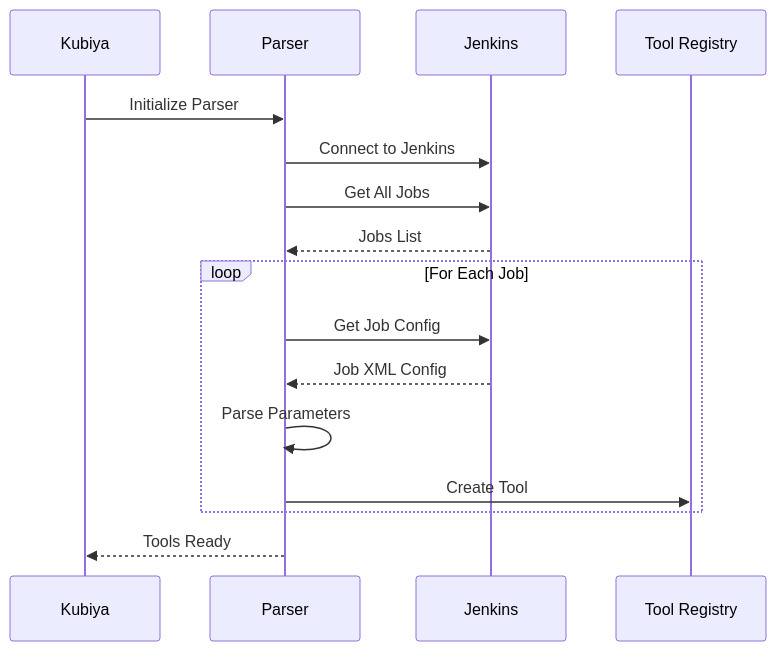
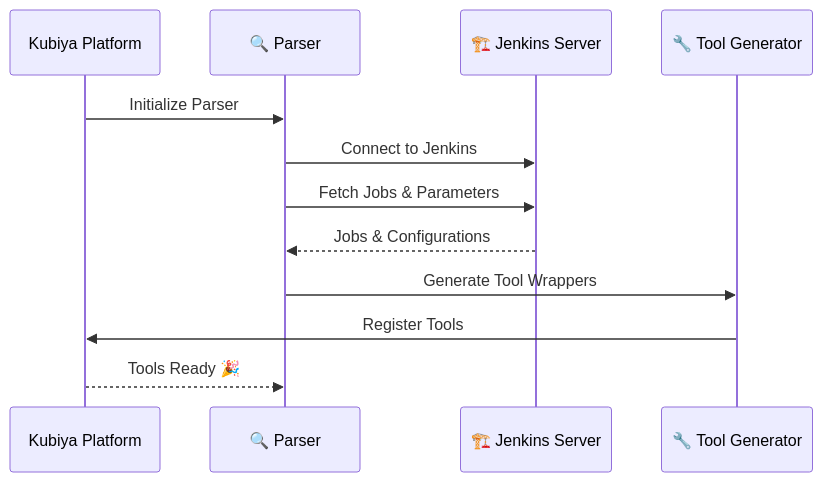
The second of 4 diagrams in jenkins_ops/README.md (kubiyabot/community-tools), drawn with Mermaid before and after one commit. The commit also changed other lines of this file, not shown here.

Commit message:
initial jenkins module

````diff
--- a/jenkins_ops/README.md
+++ b/jenkins_ops/README.md
@@ -42,18 +122,14 @@
 ```mermaid
 sequenceDiagram
-participant K as Kubiya
-participant P as Parser
-participant J as Jenkins
-participant T as Tool Registry
-K->>P: Initialize Parser
-P->>J: Connect to Jenkins
-P->>J: Get All Jobs
-J-->>P: Jobs List
-loop For Each Job
-P->>J: Get Job Config
-J-->>P: Job XML Config
-P->>P: Parse Parameters
-P->>T: Create Tool
-end
-P-->>K: Tools Ready
+    participant K as Kubiya Platform
+    participant P as 🔍 Parser
+    participant J as 🏗️ Jenkins Server
+    participant T as 🔧 Tool Generator
+    K->>P: Initialize Parser
+    P->>J: Connect to Jenkins
+    P->>J: Fetch Jobs & Parameters
+    J-->>P: Jobs & Configurations
+    P->>T: Generate Tool Wrappers
+    T->>K: Register Tools
+    K-->>P: Tools Ready 🎉
 ```
````
